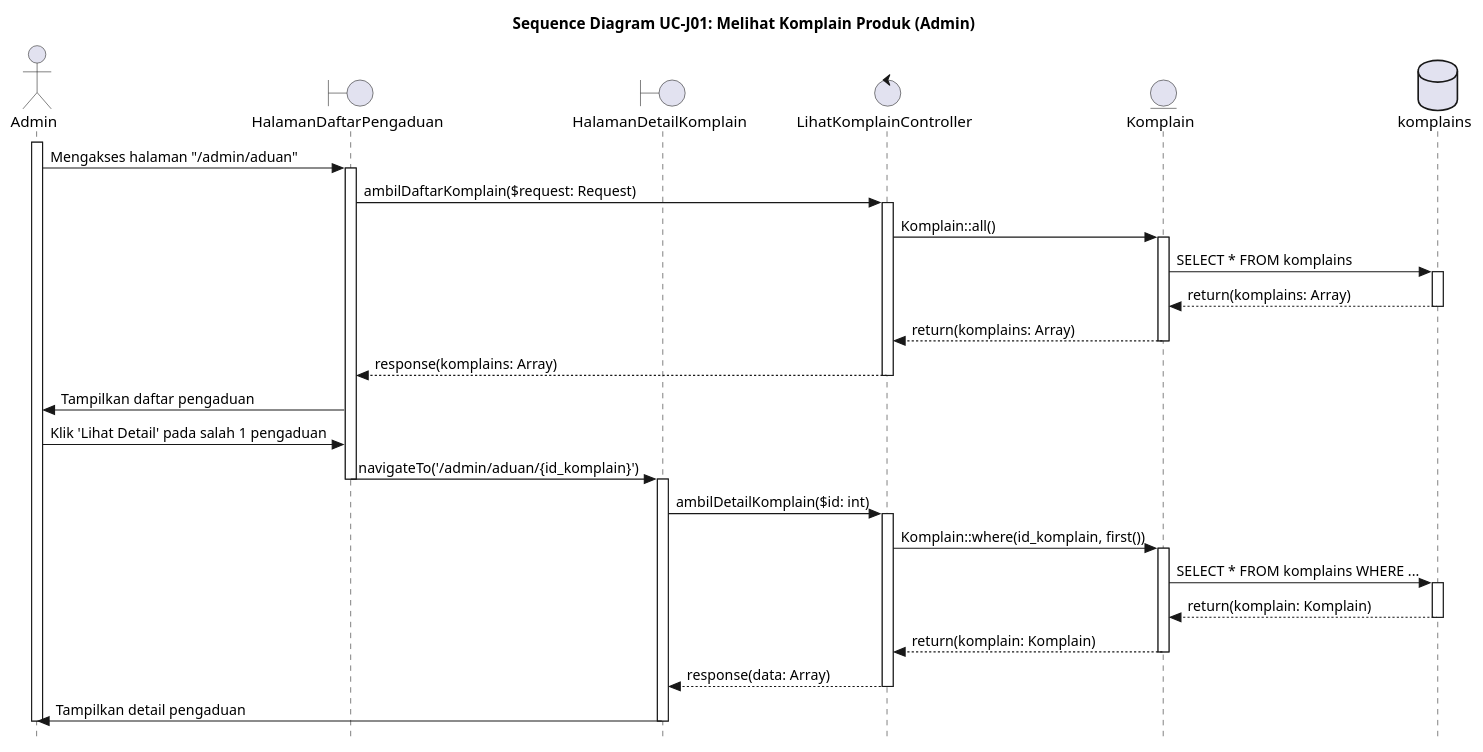
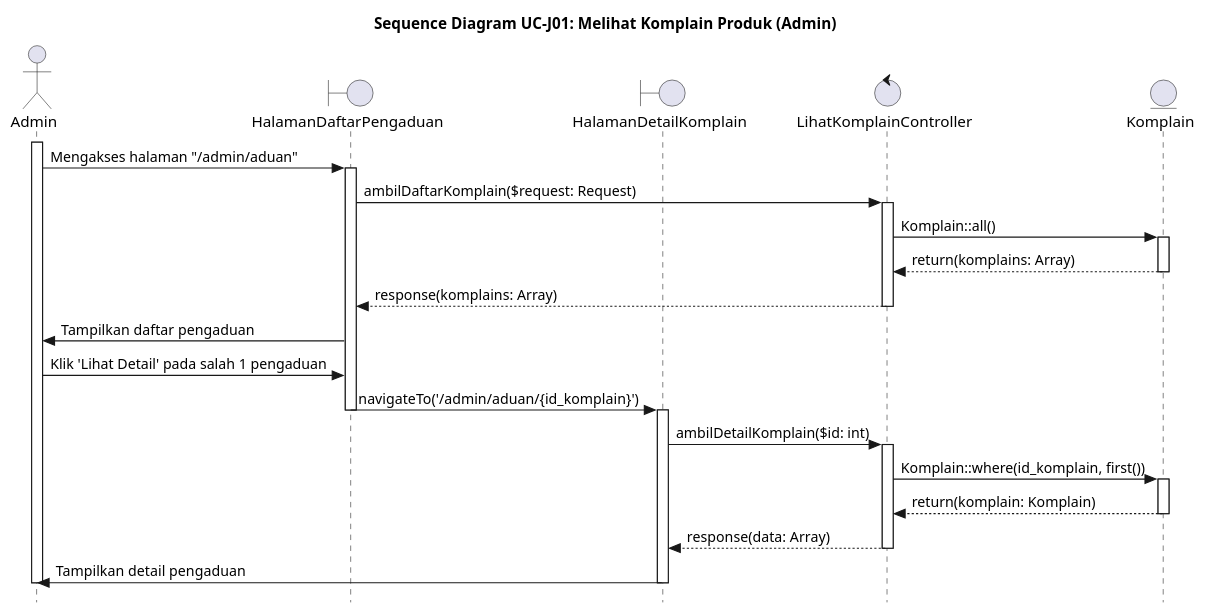
One commit to alfiahnurfa/RSI-PROYEK-AKHIR-SEQUENCE changed the diagram in UC-J01.PUML. Above: the diagram before and after it, drawn with PlantUML. The commit also changed 29 other files, not shown here.

Commit message:
hapus aktor database dari semua sequence

```diff
--- a/UC-J01.PUML
+++ b/UC-J01.PUML
@@ -1,64 +1,51 @@
 @startuml SD-UC-J01_MelihatKomplainProduk
 title Sequence Diagram UC-J01: Melihat Komplain Produk (Admin)
 skinparam style strictuml
 
 actor Admin
 boundary HalamanDaftarPengaduan
 boundary HalamanDetailKomplain
 control LihatKomplainController
 entity Komplain
-database komplains
 
 activate Admin
 
 Admin -> HalamanDaftarPengaduan : Mengakses halaman "/admin/aduan"
 activate HalamanDaftarPengaduan
 
 HalamanDaftarPengaduan -> LihatKomplainController : ambilDaftarKomplain($request: Request)
 activate LihatKomplainController
 
 LihatKomplainController -> Komplain : Komplain::all()
 activate Komplain
-
-Komplain -> komplains : SELECT * FROM komplains
-activate komplains
-
-komplains --> Komplain : return(komplains: Array)
-deactivate komplains
 
 Komplain --> LihatKomplainController : return(komplains: Array)
 deactivate Komplain
 
 LihatKomplainController --> HalamanDaftarPengaduan : response(komplains: Array)
 deactivate LihatKomplainController
 
 HalamanDaftarPengaduan -> Admin : Tampilkan daftar pengaduan
 Admin -> HalamanDaftarPengaduan : Klik 'Lihat Detail' pada salah 1 pengaduan
 
 HalamanDaftarPengaduan -> HalamanDetailKomplain : navigateTo('/admin/aduan/{id_komplain}')
 deactivate HalamanDaftarPengaduan
 activate HalamanDetailKomplain
 
 HalamanDetailKomplain -> LihatKomplainController : ambilDetailKomplain($id: int)
 activate LihatKomplainController
 
 LihatKomplainController -> Komplain : Komplain::where(id_komplain, first())
 activate Komplain
 
-Komplain -> komplains : SELECT * FROM komplains WHERE ...
-activate komplains
-
-komplains --> Komplain : return(komplain: Komplain)
-deactivate komplains
-
 Komplain --> LihatKomplainController : return(komplain: Komplain)
 deactivate Komplain
 
 LihatKomplainController --> HalamanDetailKomplain : response(data: Array)
 deactivate LihatKomplainController
 
 HalamanDetailKomplain -> Admin : Tampilkan detail pengaduan
 deactivate HalamanDetailKomplain
 deactivate Admin
 
 @enduml
```
